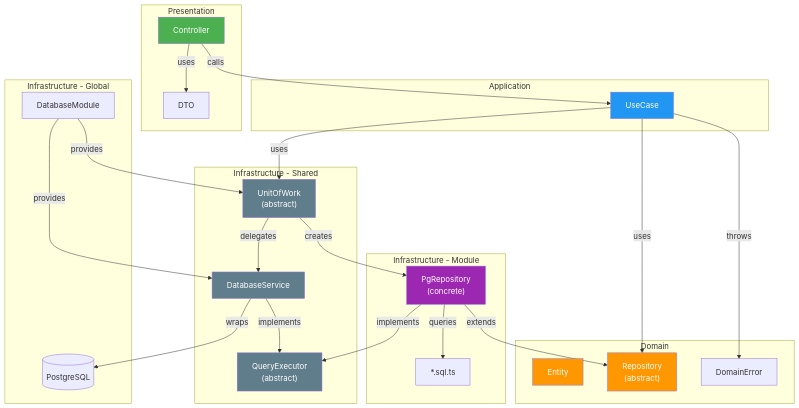
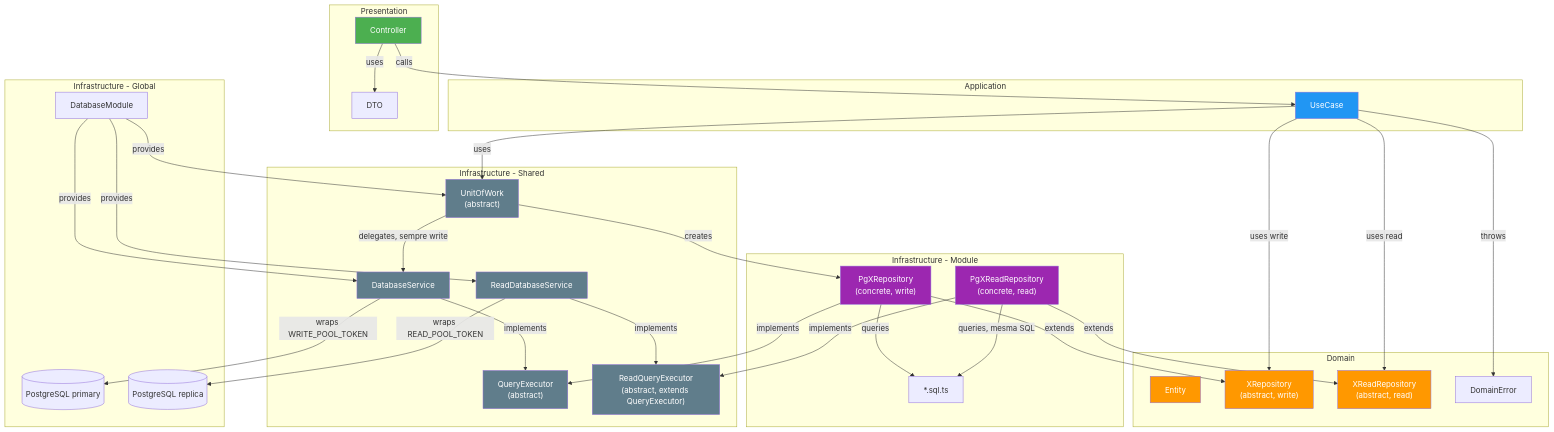
The diagram in apps/mybitcoin-api/docs/architecture/03-estrutura-projeto.md (paulohsilvavieira/mybitcoin), drawn with Mermaid before and after one commit. The commit also changed other lines of this file, not shown here.

````diff
--- a/apps/mybitcoin-api/docs/architecture/03-estrutura-projeto.md
+++ b/apps/mybitcoin-api/docs/architecture/03-estrutura-projeto.md
@@ -502,60 +557,77 @@
 ```mermaid
 graph TD
     subgraph "Presentation"
         Controller[Controller]
         DTO[DTO]
     end
 
     subgraph "Application"
         UseCase[UseCase]
     end
 
     subgraph "Domain"
         Entity[Entity]
-        RepoAbstract["Repository<br/>(abstract)"]
+        RepoAbstract["XRepository<br/>(abstract, write)"]
+        ReadRepoAbstract["XReadRepository<br/>(abstract, read)"]
         Error[DomainError]
     end
 
     subgraph "Infrastructure - Module"
-        PgRepo["PgRepository<br/>(concrete)"]
+        PgRepo["PgXRepository<br/>(concrete, write)"]
+        PgReadRepo["PgXReadRepository<br/>(concrete, read)"]
         SQL["*.sql.ts"]
     end
 
     subgraph "Infrastructure - Shared"
         UOW["UnitOfWork<br/>(abstract)"]
         QE["QueryExecutor<br/>(abstract)"]
+        RQE["ReadQueryExecutor<br/>(abstract, extends QueryExecutor)"]
         DBS[DatabaseService]
+        RDBS[ReadDatabaseService]
     end
 
     subgraph "Infrastructure - Global"
         DBModule[DatabaseModule]
-        Pool[(PostgreSQL)]
+        PoolWrite[(PostgreSQL primary)]
+        PoolRead[(PostgreSQL replica)]
     end
 
     Controller -->|calls| UseCase
     Controller -->|uses| DTO
-    UseCase -->|uses| RepoAbstract
+    UseCase -->|uses write| RepoAbstract
+    UseCase -->|uses read| ReadRepoAbstract
     UseCase -->|uses| UOW
     UseCase -->|throws| Error
 
     UOW -->|creates| PgRepo
-    UOW -->|delegates| DBS
+    UOW -->|delegates, sempre write| DBS
 
     PgRepo -->|extends| RepoAbstract
     PgRepo -->|implements| QE
     PgRepo -->|queries| SQL
 
+    PgReadRepo -->|extends| ReadRepoAbstract
+    PgReadRepo -->|implements| RQE
+    PgReadRepo -->|queries, mesma SQL| SQL
+
     DBModule -->|provides| DBS
+    DBModule -->|provides| RDBS
     DBModule -->|provides| UOW
-    DBS -->|wraps| Pool
+    DBS -->|wraps WRITE_POOL_TOKEN| PoolWrite
     DBS -->|implements| QE
+    RDBS -->|wraps READ_POOL_TOKEN| PoolRead
+    RDBS -->|implements| RQE
 
     style Controller fill:#4CAF50,color:#fff
     style UseCase fill:#2196F3,color:#fff
     style Entity fill:#FF9800,color:#fff
     style RepoAbstract fill:#FF9800,color:#fff
+    style ReadRepoAbstract fill:#FF9800,color:#fff
     style PgRepo fill:#9C27B0,color:#fff
+    style PgReadRepo fill:#9C27B0,color:#fff
     style UOW fill:#607D8B,color:#fff
     style QE fill:#607D8B,color:#fff
+    style RQE fill:#607D8B,color:#fff
     style DBS fill:#607D8B,color:#fff
+    style RDBS fill:#607D8B,color:#fff
 ```
````
